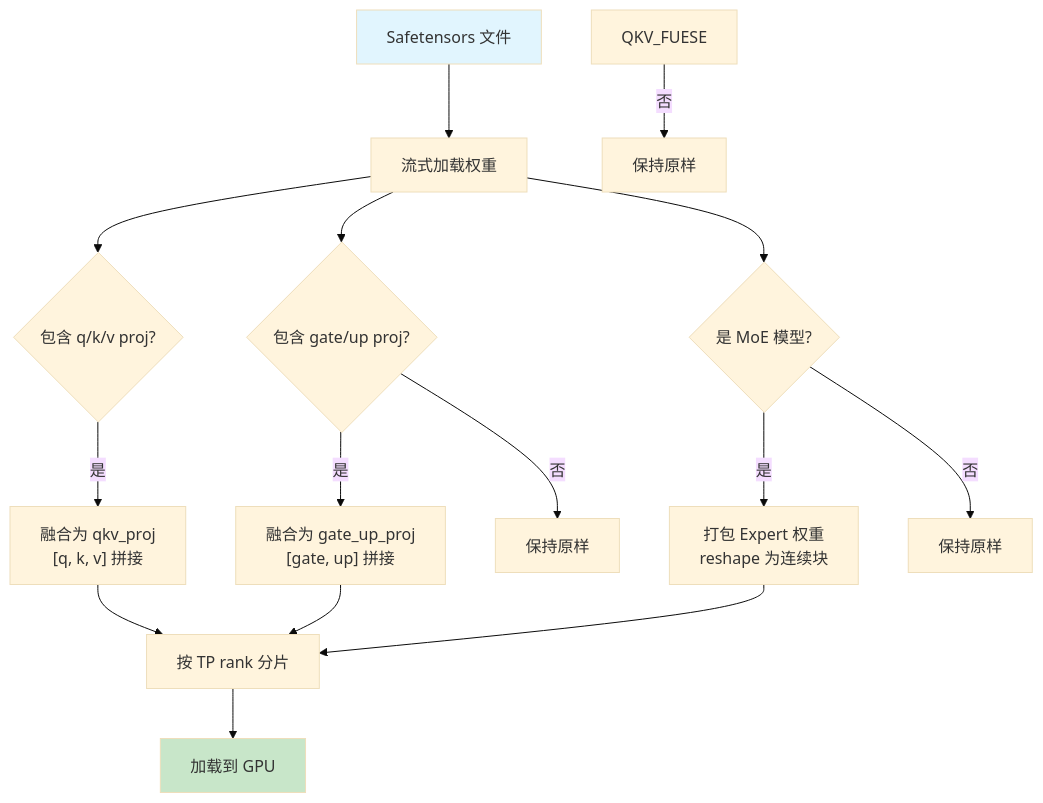
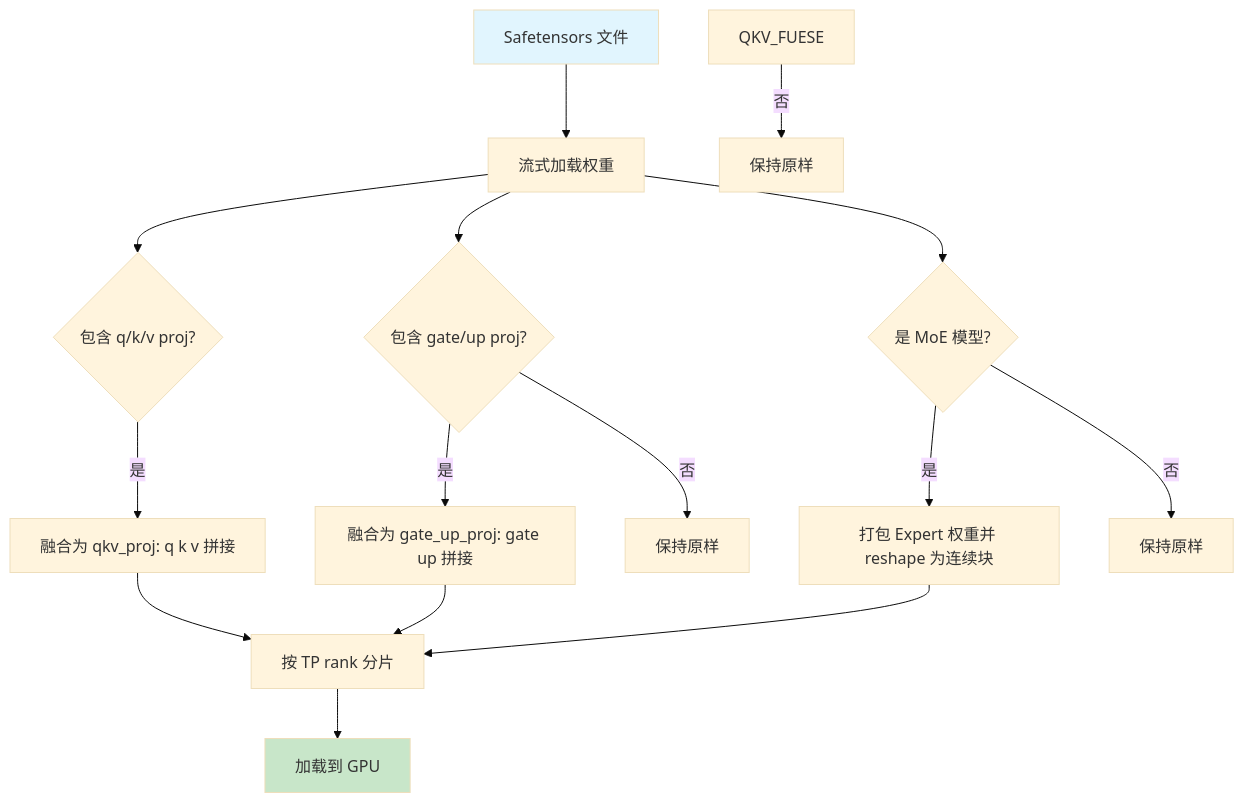
Before and after one commit to ArronHZG/mini-sglang: diagram 17 of 31 in docs/mini-sglang-learning-guide.md, drawn with Mermaid (base theme). The commit also changed other lines of this file, not shown here.

````diff
--- a/docs/mini-sglang-learning-guide.md
+++ b/docs/mini-sglang-learning-guide.md
@@ -663,19 +669,19 @@
 ```mermaid
 flowchart TD
     SAFE["Safetensors 文件"] --> LOAD["流式加载权重"]
     LOAD --> QKV_FUSE{"包含 q/k/v proj?"}
-    QKV_FUSE -->|是| MERGE_QKV["融合为 qkv_proj<br/>[q, k, v] 拼接"]
+    QKV_FUSE -->|是| MERGE_QKV["融合为 qkv_proj: q k v 拼接"]
     QKV_FUESE -->|否| SKIP1[保持原样]
     LOAD --> FFN_FUSE{"包含 gate/up proj?"}
-    FFN_FUSE -->|是| MERGE_FFN["融合为 gate_up_proj<br/>[gate, up] 拼接"]
+    FFN_FUSE -->|是| MERGE_FFN["融合为 gate_up_proj: gate up 拼接"]
     FFN_FUSE -->|否| SKIP2[保持原样]
     LOAD --> MOE_PACK{"是 MoE 模型?"}
-    MOE_PACK -->|是| PACK_EXP["打包 Expert 权重<br/>reshape 为连续块"]
+    MOE_PACK -->|是| PACK_EXP["打包 Expert 权重并 reshape 为连续块"]
     MOE_PACK -->|否| SKIP3[保持原样]
     MERGE_QKV --> TP_SHARD["按 TP rank 分片"]
     MERGE_FFN --> TP_SHARD
     PACK_EXP --> TP_SHARD
     TP_SHARD --> DEVICE["加载到 GPU"]
     style SAFE fill: #e1f5fe
     style DEVICE fill: #c8e6c9
 ```
````
